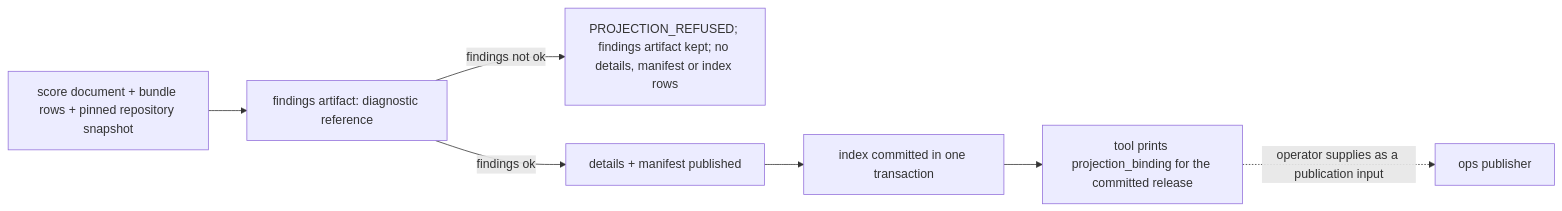
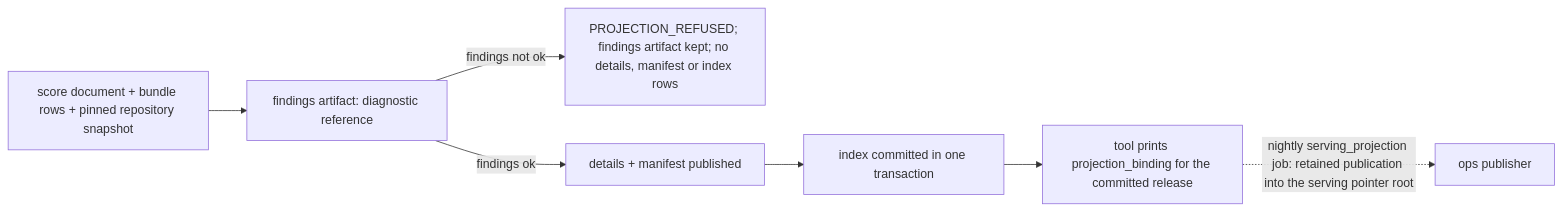
Before and after one commit to yshewchuk/investment-validation: the second of 2 diagrams in engine/v2/serving/ARCHITECTURE.md, drawn with Mermaid. The commit also changed other lines of this file and 1 other file, not shown here.

Commit message:
Design: nightly serving projection job (#717)

````diff
--- a/engine/v2/serving/ARCHITECTURE.md
+++ b/engine/v2/serving/ARCHITECTURE.md
@@ -222,9 +251,9 @@
 ```mermaid
 flowchart LR
   In[score document + bundle rows + pinned repository snapshot] --> Findings[findings artifact: diagnostic reference]
   Findings -->|findings not ok| Refused[PROJECTION_REFUSED; findings artifact kept; no details, manifest or index rows]
   Findings -->|findings ok| Publish[details + manifest published]
   Publish --> Commit[index committed in one transaction]
   Commit --> Binding[tool prints projection_binding for the committed release]
-  Binding -.->|operator supplies as a publication input| Ops[ops publisher]
+  Binding -.->|nightly serving_projection job: retained publication into the serving pointer root| Ops[ops publisher]
 ```
````
